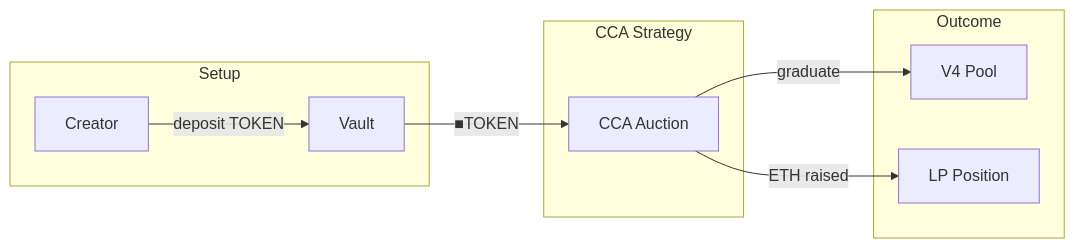
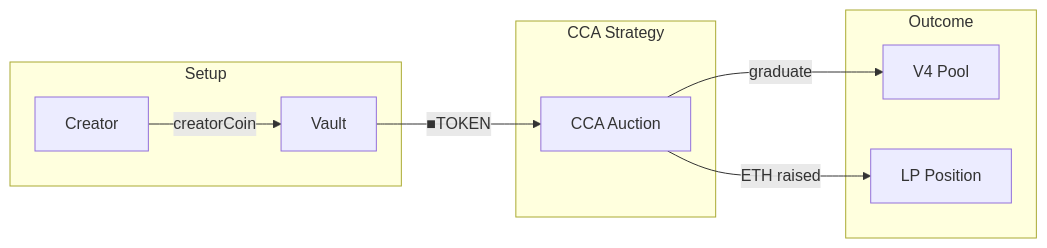
The first of 2 diagrams in docs/contracts/strategies/cca-launch.md (4626fun/4626), drawn with Mermaid before and after one commit. The commit also changed other lines of this file and 11 other files, not shown here.

````diff
--- a/docs/contracts/strategies/cca-launch.md
+++ b/docs/contracts/strategies/cca-launch.md
@@ -37,21 +66,21 @@
 ```mermaid
 flowchart LR
     subgraph Setup
         Creator[Creator]
         Vault[Vault]
     end
     
     subgraph Strategy["CCA Strategy"]
         CCA[CCA Auction]
     end
     
     subgraph Outcome
         Pool[V4 Pool]
         Liquidity[LP Position]
     end
     
-    Creator -->|deposit TOKEN| Vault
+    Creator -->|creatorCoin| Vault
     Vault -->|■TOKEN| CCA
     CCA -->|graduate| Pool
     CCA -->|ETH raised| Liquidity
 ```
````
